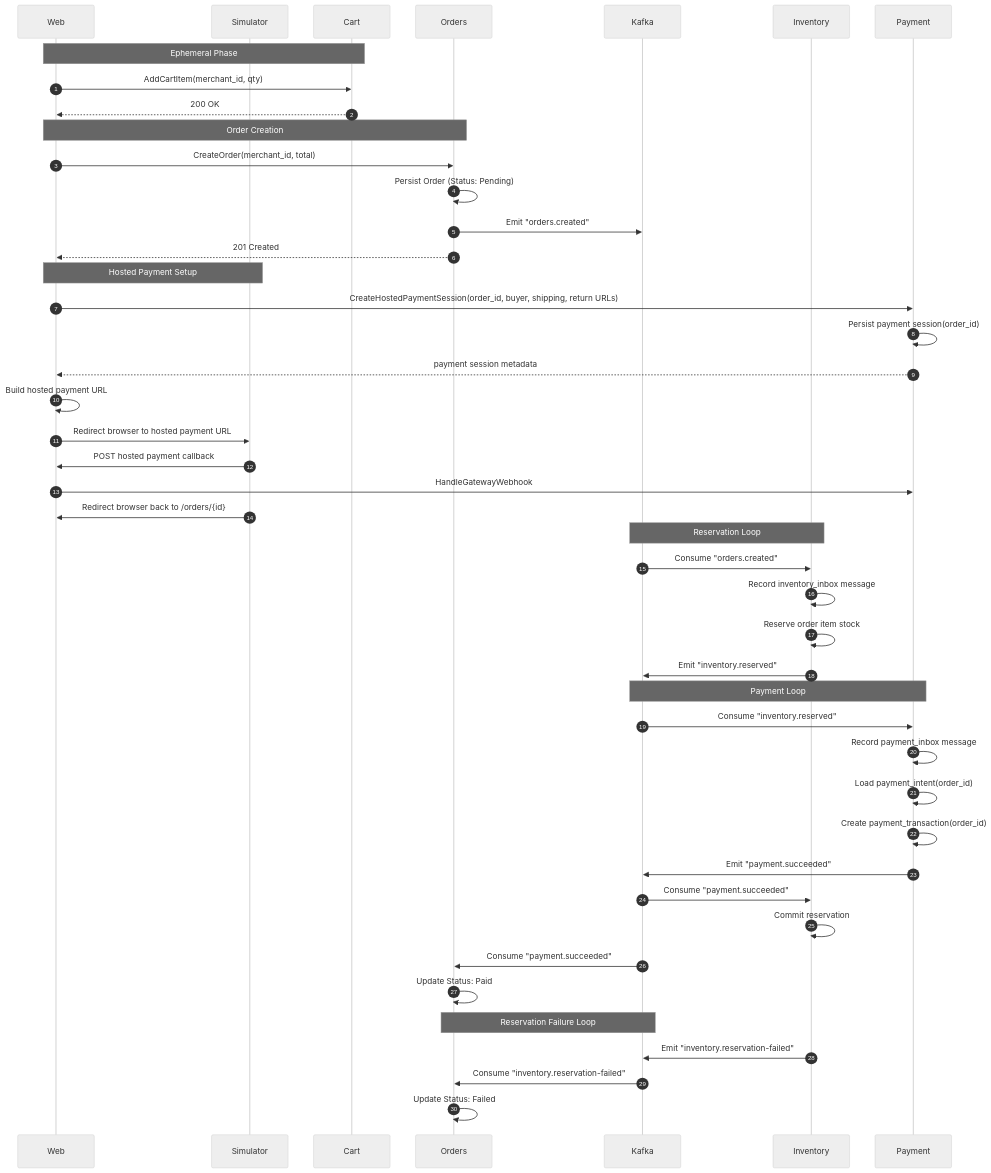
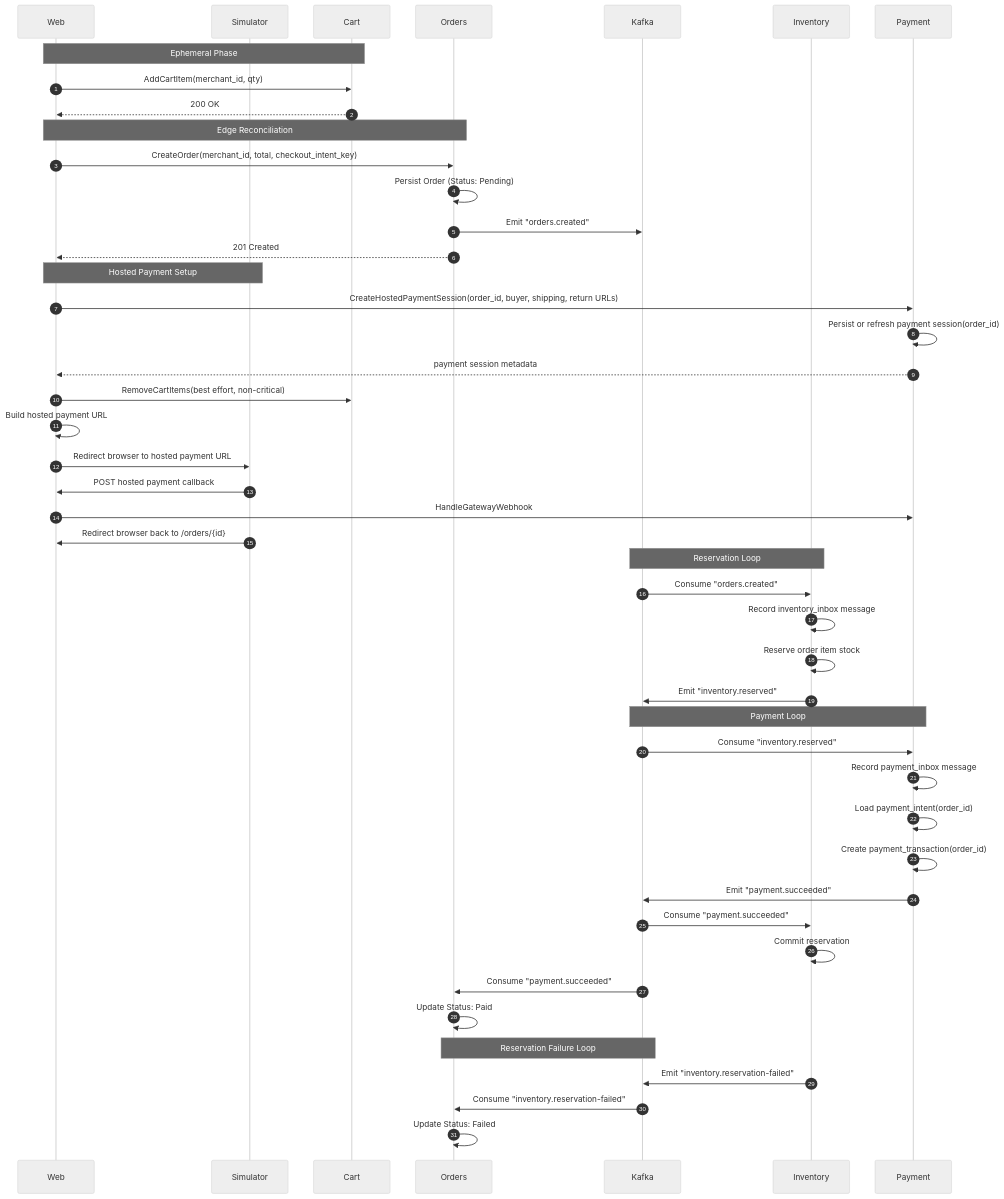
Before and after one commit to phuchoang2603/refurbished-marketplace: the diagram in docs/order-placement.md, drawn with Mermaid (neutral theme). The commit also changed other lines of this file and 1 other file, not shown here.

First line of the commit message:
docs: document checkout-intent idempotency edge reconciliation

````diff
--- a/docs/order-placement.md
+++ b/docs/order-placement.md
@@ -14,53 +14,54 @@
 ```mermaid
 sequenceDiagram
     autonumber
     participant WEB as Web
     participant SIM as Simulator
     participant CRT as Cart
     participant ORD as Orders
     participant K as Kafka
     participant INV as Inventory
     participant PAY as Payment
 
     Note over WEB, CRT: Ephemeral Phase
     WEB->>CRT: AddCartItem(merchant_id, qty)
     CRT-->>WEB: 200 OK
 
-    Note over WEB, ORD: Order Creation
-    WEB->>ORD: CreateOrder(merchant_id, total)
+    Note over WEB, ORD: Edge Reconciliation
+    WEB->>ORD: CreateOrder(merchant_id, total, checkout_intent_key)
     ORD->>ORD: Persist Order (Status: Pending)
     ORD->>K: Emit "orders.created"
     ORD-->>WEB: 201 Created
 
     Note over WEB, SIM: Hosted Payment Setup
     WEB->>PAY: CreateHostedPaymentSession(order_id, buyer, shipping, return URLs)
-    PAY->>PAY: Persist payment session(order_id)
+    PAY->>PAY: Persist or refresh payment session(order_id)
     PAY-->>WEB: payment session metadata
+    WEB->>CRT: RemoveCartItems(best effort, non-critical)
     WEB->>WEB: Build hosted payment URL
     WEB->>SIM: Redirect browser to hosted payment URL
     SIM->>WEB: POST hosted payment callback
     WEB->>PAY: HandleGatewayWebhook
     SIM->>WEB: Redirect browser back to /orders/{id}
 
     Note over K, INV: Reservation Loop
     K->>INV: Consume "orders.created"
     INV->>INV: Record inventory_inbox message
     INV->>INV: Reserve order item stock
     INV->>K: Emit "inventory.reserved"
 
     Note over K, PAY: Payment Loop
     K->>PAY: Consume "inventory.reserved"
     PAY->>PAY: Record payment_inbox message
     PAY->>PAY: Load payment_intent(order_id)
     PAY->>PAY: Create payment_transaction(order_id)
     PAY->>K: Emit "payment.succeeded"
     K->>INV: Consume "payment.succeeded"
     INV->>INV: Commit reservation
     K->>ORD: Consume "payment.succeeded"
     ORD->>ORD: Update Status: Paid
 
     Note over K, ORD: Reservation Failure Loop
     INV->>K: Emit "inventory.reservation-failed"
     K->>ORD: Consume "inventory.reservation-failed"
     ORD->>ORD: Update Status: Failed
 ```
````
